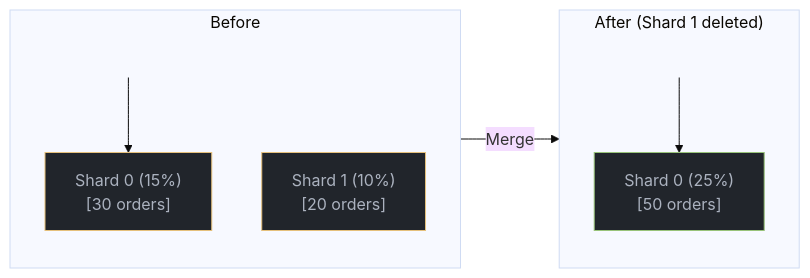
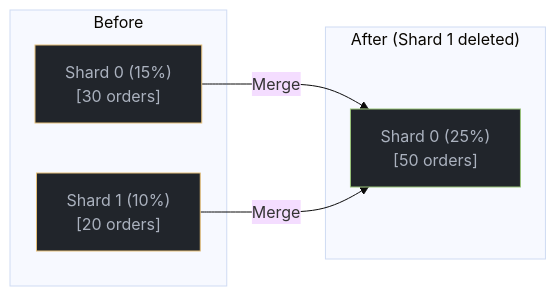
One commit to mgild/mintlify-docs changed the sixth of 8 diagrams in concepts/sharding.mdx. Above: the diagram before and after it, drawn with Mermaid (base theme). The commit also changed other lines of this file and 6 other files, not shown here.

````diff
--- a/concepts/sharding.mdx
+++ b/concepts/sharding.mdx
@@ -206,24 +201,19 @@
 ```mermaid
 
 flowchart LR
-    subgraph Before
-        BeforeSpacer2[ ]
+    subgraph Before["Before"]
         B0["Shard 0 (15%)<br/>[30 orders]"]
         B1["Shard 1 (10%)<br/>[20 orders]"]
-        BeforeSpacer2 --> B0
     end
 
-    Before -->|Merge| After
+    B0 -->|Merge| A0
+    B1 -->|Merge| A0
 
     subgraph After["After (Shard 1 deleted)"]
-        AfterSpacer2[ ]
         A0["Shard 0 (25%)<br/>[50 orders]"]
-        AfterSpacer2 --> A0
     end
 
-    style BeforeSpacer2 fill:transparent,stroke:transparent,color:transparent
-    style AfterSpacer2 fill:transparent,stroke:transparent,color:transparent
     style B0 fill:#21252b,stroke:#e5c07b,color:#abb2bf
     style B1 fill:#21252b,stroke:#e5c07b,color:#abb2bf
     style A0 fill:#21252b,stroke:#98c379,color:#abb2bf
 ```
````
